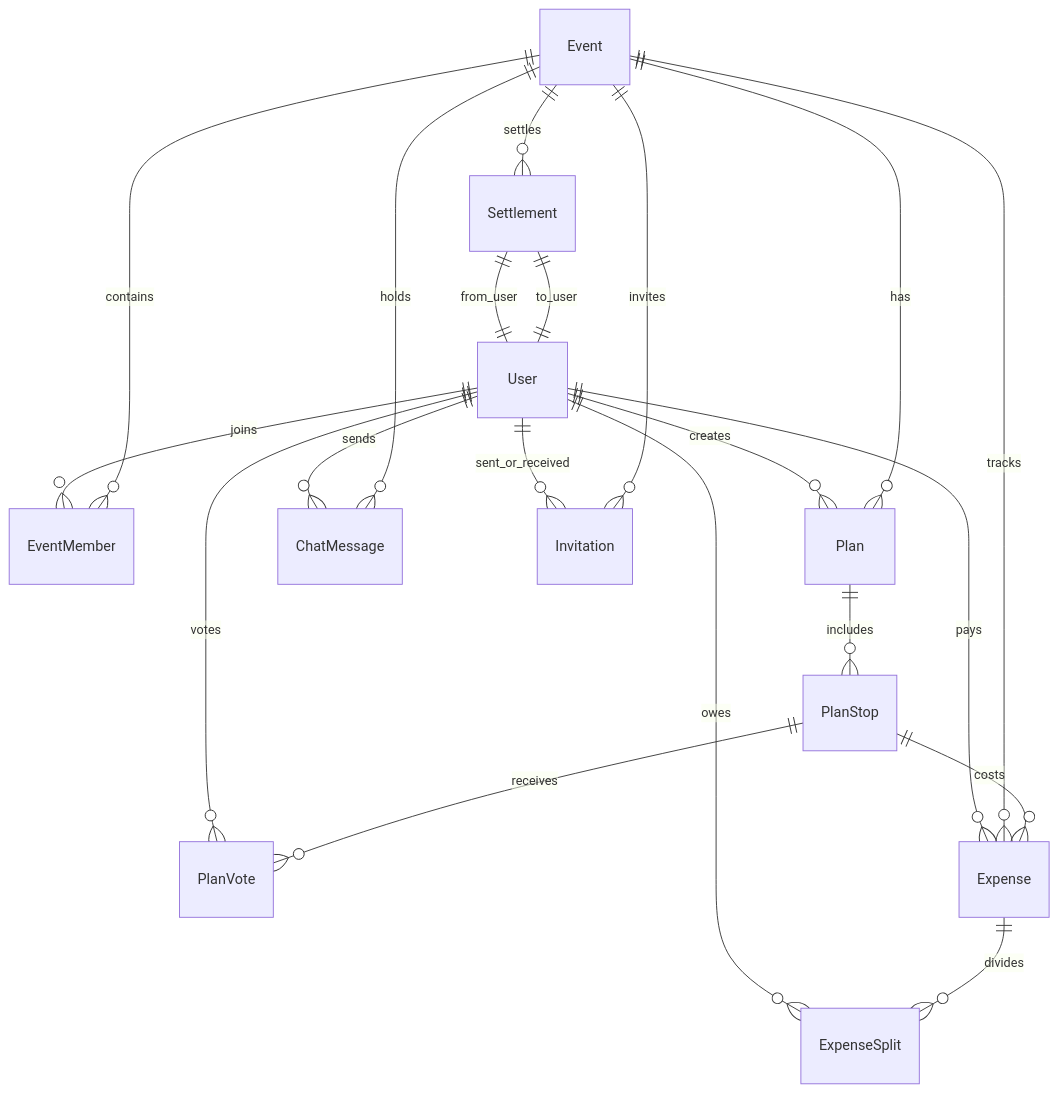
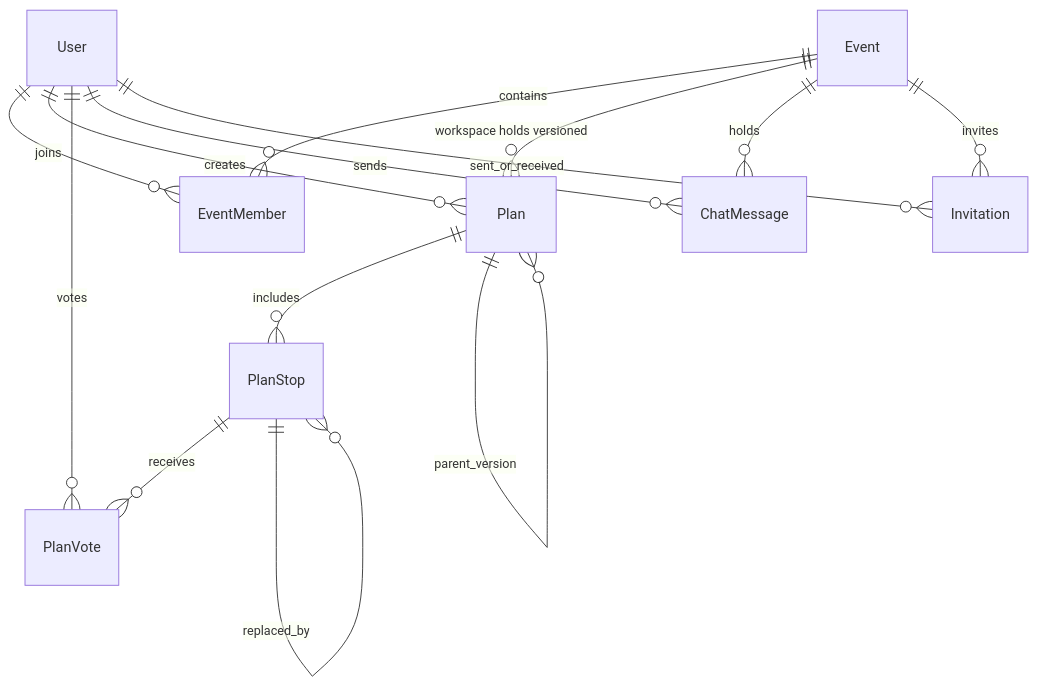
The diagram in docs/03-architecture/database-schema.md (b4ck12/Group_Project), drawn with Mermaid before and after one commit. The commit also changed other lines of this file, not shown here.

Commit message:
docs(db): clarify Supabase vs PostgreSQL vs NoSQL and document 4-stage Plan/PlanStop schema (Items 2.1-2.5)

````diff
--- a/docs/03-architecture/database-schema.md
+++ b/docs/03-architecture/database-schema.md
@@ -66,25 +59,18 @@
 ```mermaid
 erDiagram
     User ||--o{ EventMember : joins
     User ||--o{ Plan : creates
     User ||--o{ PlanVote : votes
     User ||--o{ ChatMessage : sends
     User ||--o{ Invitation : sent_or_received
-    User ||--o{ Expense : pays
-    User ||--o{ ExpenseSplit : owes
 
     Event ||--o{ EventMember : contains
-    Event ||--o{ Plan : has
+    Event ||--o{ Plan : "workspace holds versioned"
     Event ||--o{ ChatMessage : holds
     Event ||--o{ Invitation : invites
-    Event ||--o{ Expense : tracks
-    Event ||--o{ Settlement : settles
 
     Plan ||--o{ PlanStop : includes
+    Plan ||--o{ Plan : "parent_version"
     PlanStop ||--o{ PlanVote : receives
-    PlanStop ||--o{ Expense : costs
-
-    Expense ||--o{ ExpenseSplit : divides
-    Settlement ||--|| User : from_user
-    Settlement ||--|| User : to_user
+    PlanStop ||--o{ PlanStop : "replaced_by"
 ```
````
